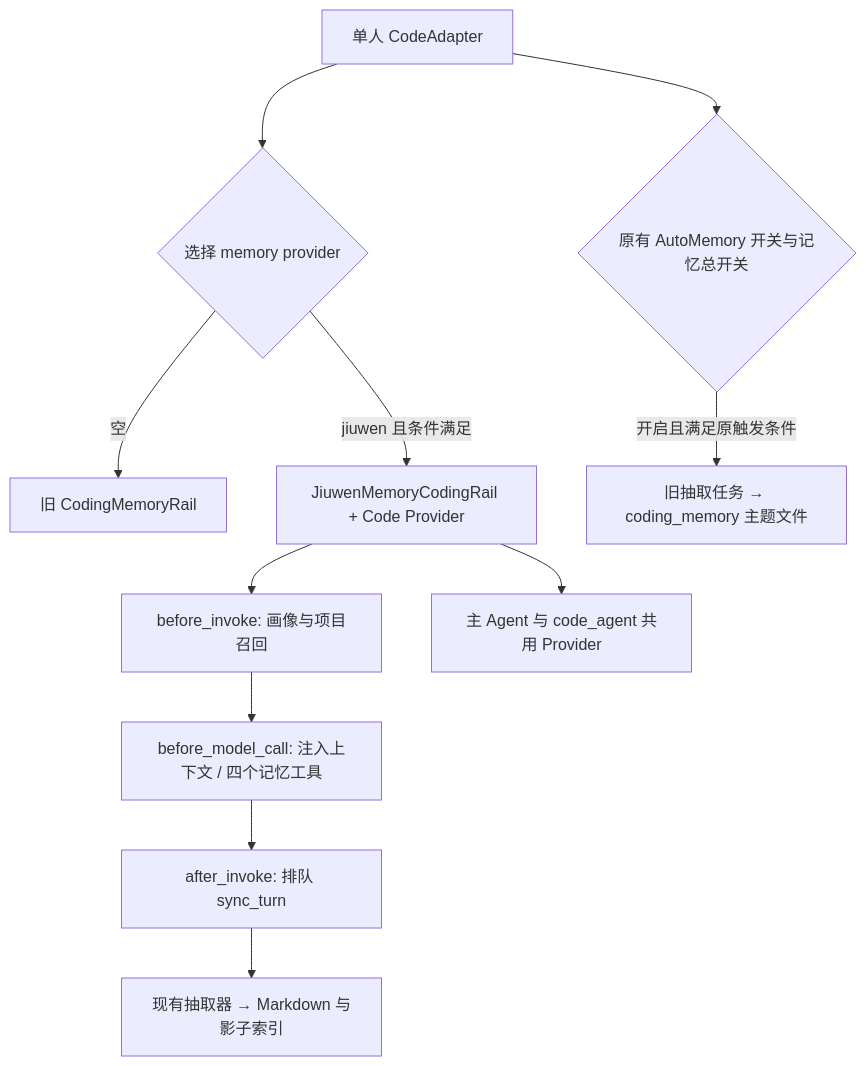
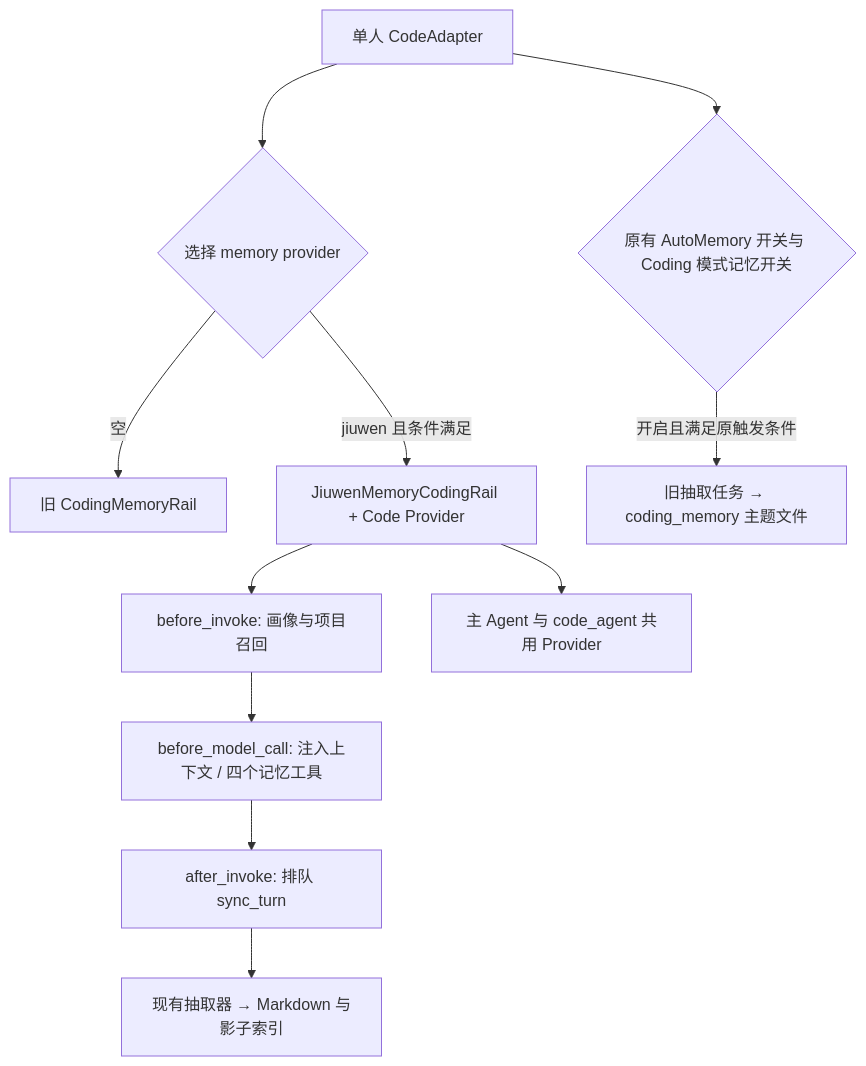
Before and after one commit to openJiuwen-ai/jiuwenswarm: the diagram in .agents/agent-docs/specs/jiuwenswarm/server/runtime/agent_adapter/S_04_coding-document-memory.md, drawn with Mermaid. The commit also changed other lines of this file and 48 other files, not shown here.

````diff
--- a/.agents/agent-docs/specs/jiuwenswarm/server/runtime/agent_adapter/S_04_coding-document-memory.md
+++ b/.agents/agent-docs/specs/jiuwenswarm/server/runtime/agent_adapter/S_04_coding-document-memory.md
@@ -71,13 +72,13 @@
 ```mermaid
 flowchart TD
  A[单人 CodeAdapter] --> B{选择 memory provider}
  B -->|空| C[旧 CodingMemoryRail]
  B -->|jiuwen 且条件满足| D[JiuwenMemoryCodingRail + Code Provider]
  D --> E[before_invoke: 画像与项目召回]
  E --> F[before_model_call: 注入上下文 / 四个记忆工具]
  F --> G[after_invoke: 排队 sync_turn]
  G --> H[现有抽取器 → Markdown 与影子索引]
  D --> I[主 Agent 与 code_agent 共用 Provider]
- A --> J{原有 AutoMemory 开关与记忆总开关}
+ A --> J{原有 AutoMemory 开关与 Coding 模式记忆开关}
  J -->|开启且满足原触发条件| K[旧抽取任务 → coding_memory 主题文件]
 ```
````
